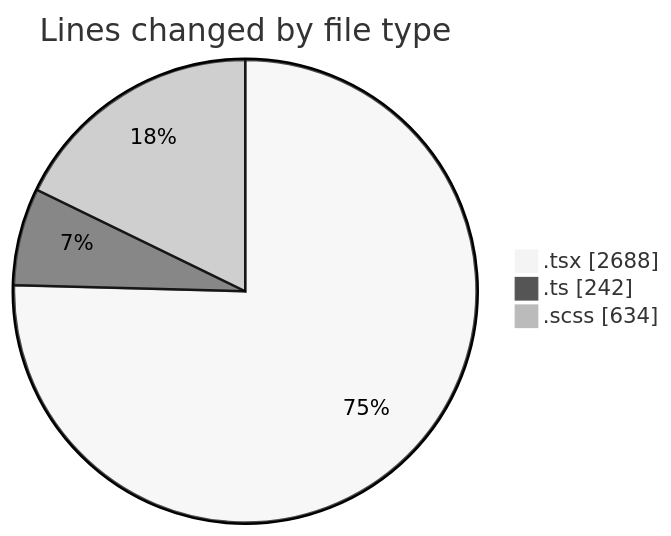
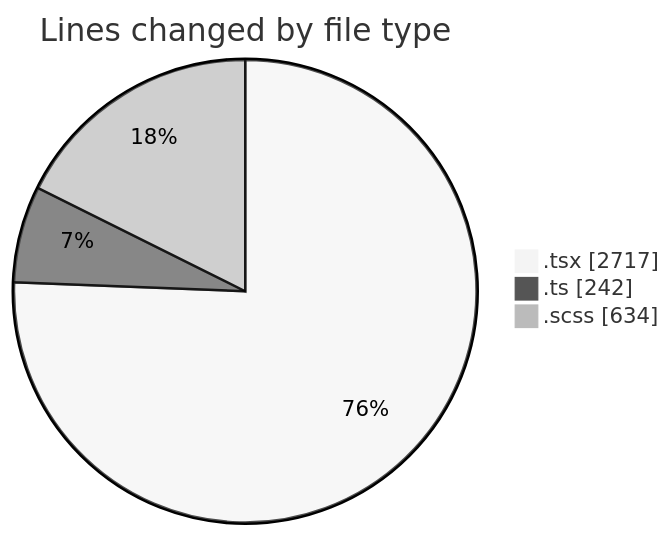
One commit to momahboobian/code-tracking changed the first of 2 diagrams in 2025-09-15/cda/README.md. Above: the diagram before and after it, drawn with Mermaid (neutral theme). The commit also changed other lines of this file and 1 other file, not shown here.

````diff
--- a/2025-09-15/cda/README.md
+++ b/2025-09-15/cda/README.md
@@ -25,7 +25,7 @@
 ```mermaid
 pie showData
 title Lines changed by file type
-".tsx" : 2688
+".tsx" : 2717
 ".ts" : 242
 ".scss" : 634
 ```
````
